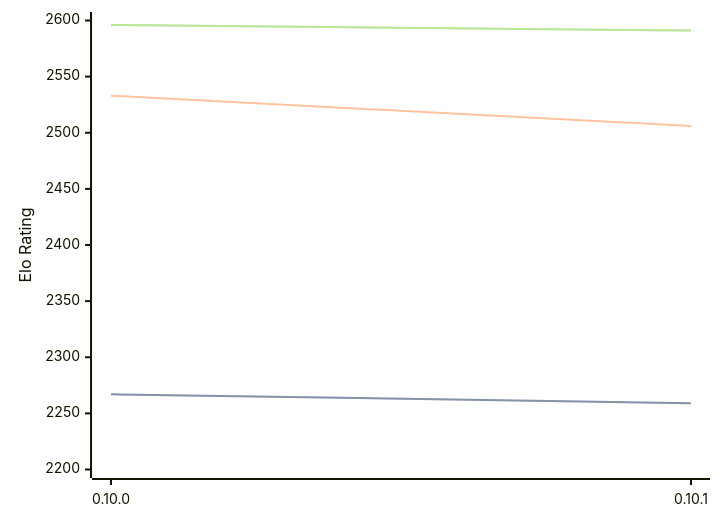
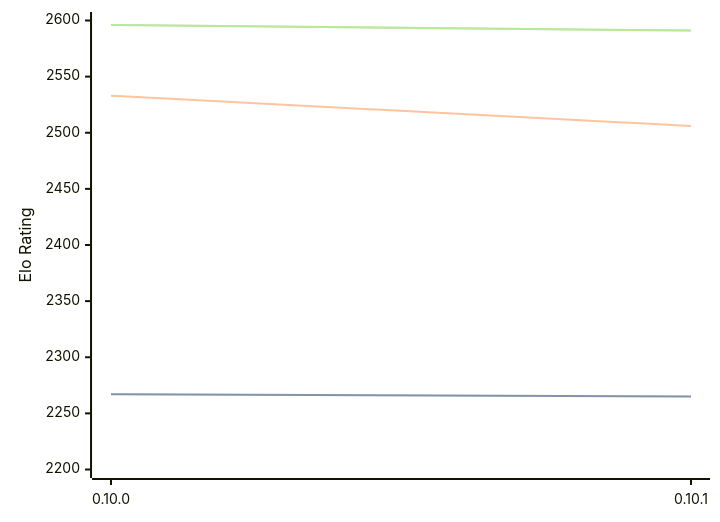
The third of 3 diagrams in engines/Fatalii.md (computer-chess-index/cci), drawn with Mermaid before and after one commit. The commit also changed other lines of this file, not shown here.

````diff
--- a/engines/Fatalii.md
+++ b/engines/Fatalii.md
@@ -79,11 +79,11 @@
 ```mermaid
 %%{init: {"theme":"base","themeVariables":{"seriesColors:['#a3a3a3','#222221','#faa371']}}}%%
 xychart-beta
   x-axis ["0.10.0", "0.10.1"]
   y-axis "Elo Rating" 2200 --> 2600
-  line "STC (8.0+0.08s)" [2267, 2259]
-  line "STC (8.0+0.08s)" [2267, 2259]
+  line "STC (8.0+0.08s)" [2267, 2265]
+  line "STC (8.0+0.08s)" [2267, 2265]
   line "LTC (60.0+0.60s)" [2533, 2506]
   line "VLTC (2m24s+1.12s)" [2596, 2591]
   line "VLTC (2m24s+1.12s)" [2596, 2591]
 ```
````
